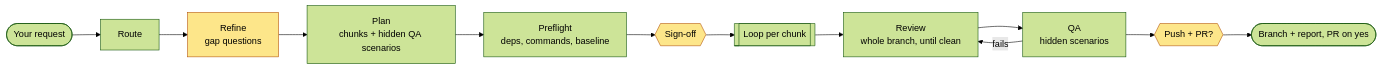
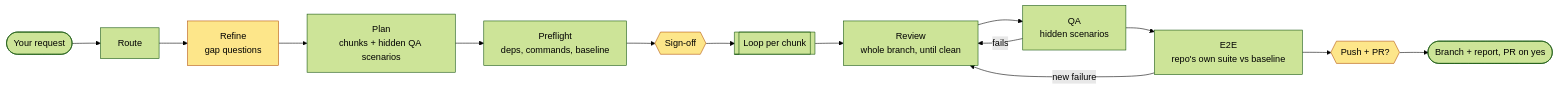
The first of 2 diagrams in README.md (Hafiz408/dark-factory), drawn with Mermaid (forest theme) before and after one commit. The commit also changed other lines of this file and 8 other files, not shown here.

Commit message:
feat(e2e): repo profile beside the clone, e2e stage against a baseline; browser scenarios stay manual (spike S5)

````diff
--- a/README.md
+++ b/README.md
@@ -49,17 +53,19 @@
 ```mermaid
 flowchart LR
     A([Your request]) --> R[Route]
     R --> F[Refine<br/>gap questions]
     F --> P[Plan<br/>chunks + hidden QA scenarios]
     P --> PF[Preflight<br/>deps, commands, baseline]
     PF --> S{{Sign-off}}
     S --> L[[Loop per chunk]]
     L --> I[Review<br/>whole branch, until clean]
     I --> QA[QA<br/>hidden scenarios]
     QA -->|fails| I
-    QA --> SH{{Push + PR?}}
+    QA --> E[E2E<br/>repo's own suite vs baseline]
+    E -->|new failure| I
+    E --> SH{{Push + PR?}}
     SH --> O([Branch + report, PR on yes])
 
     classDef you fill:#fde68a,stroke:#b45309,color:#000
     class F,S,SH you
 ```
````
